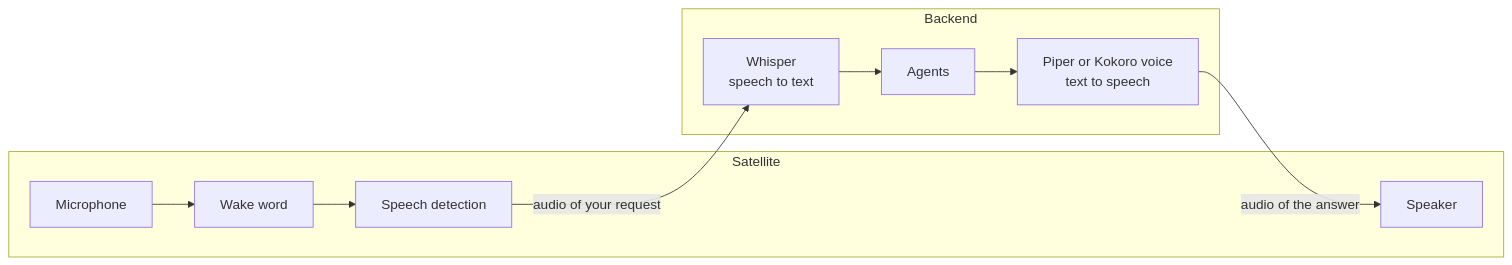
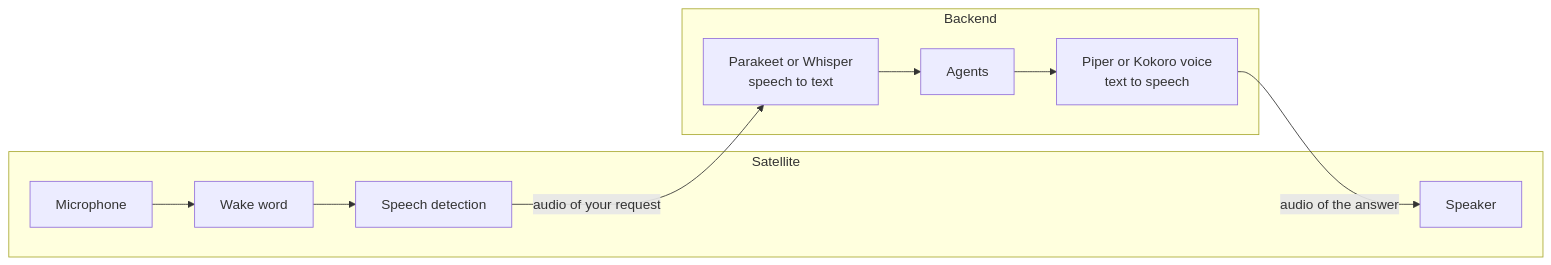
Before and after one commit to ambrogio-app/ambrogio-docs: the diagram in src/content/docs/explanation/voice.md, drawn with Mermaid. The commit also changed other lines of this file and 10 other files, not shown here.

First line of the commit message:
Document Parakeet as the bundled speech recognition model

````diff
--- a/src/content/docs/explanation/voice.md
+++ b/src/content/docs/explanation/voice.md
@@ -10,16 +10,16 @@
 ```mermaid
 flowchart LR
     subgraph sat[Satellite]
         MIC[Microphone] --> WW[Wake word]
         WW --> VAD[Speech detection]
         SPK[Speaker]
     end
     subgraph back[Backend]
-        STT[Whisper<br/>speech to text]
+        STT[Parakeet or Whisper<br/>speech to text]
         AG[Agents]
         TTS[Piper or Kokoro voice<br/>text to speech]
     end
     VAD -- "audio of your request" --> STT
     STT --> AG --> TTS
     TTS -- "audio of the answer" --> SPK
 ```
````
